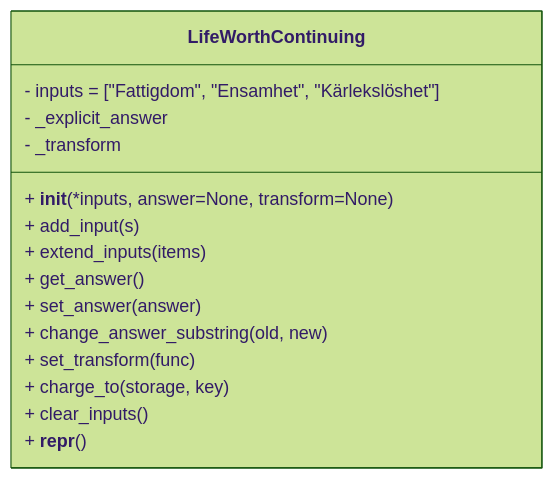
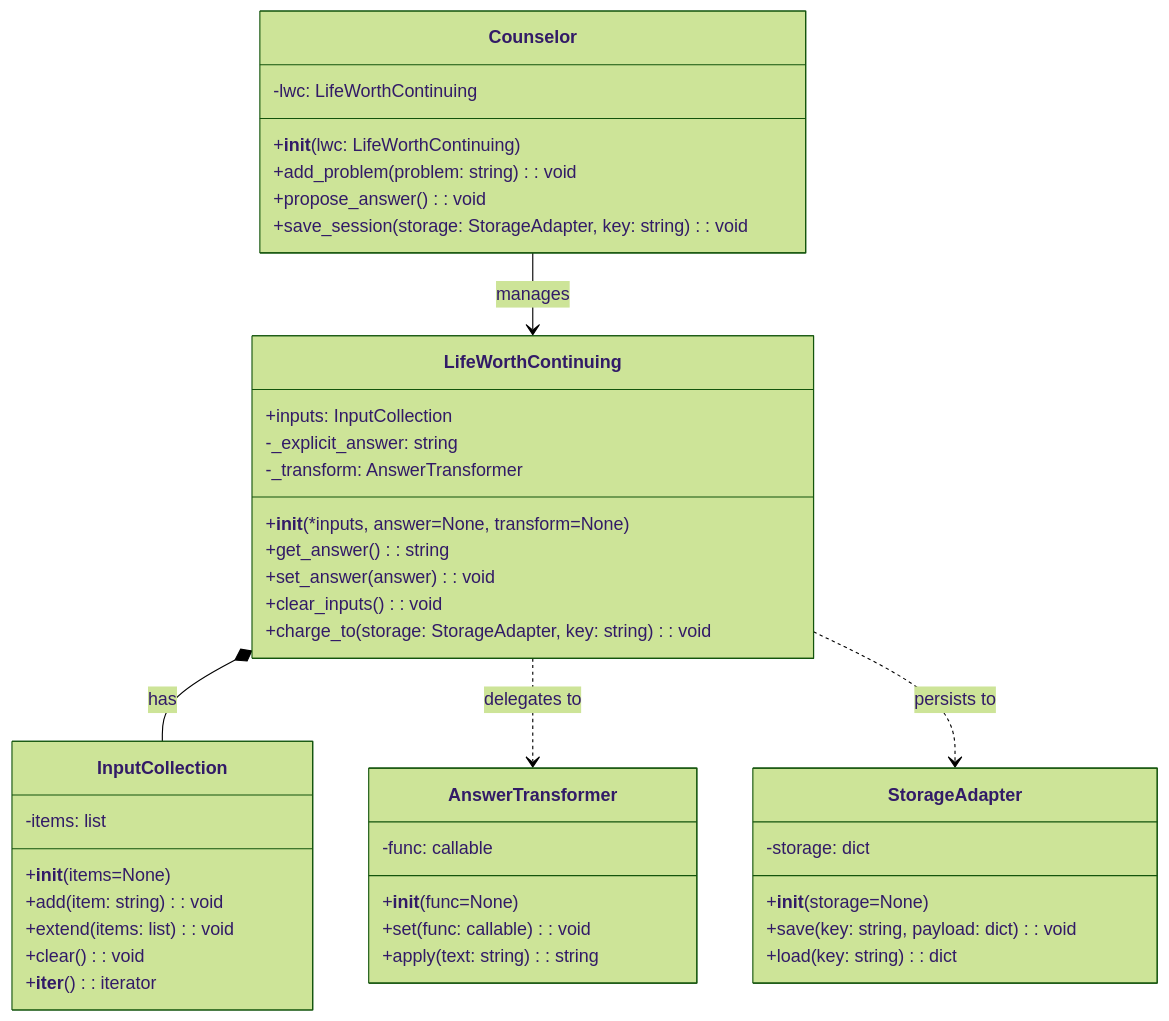
One commit to steble70/scriptlab changed the diagram in GH_Codespaces_demofile.mmd. Above: the diagram before and after it, drawn with Mermaid (forest theme).

Commit message:
Refactor LifeWorthContinuing class and related classes

```diff
--- a/GH_Codespaces_demofile.mmd
+++ b/GH_Codespaces_demofile.mmd
@@ -1,16 +1,47 @@
 classDiagram
-class LifeWorthContinuing {
-  - inputs = ["Fattigdom", "Ensamhet", "Kärlekslöshet"]
-  - _explicit_answer
-  - _transform
-  + __init__(*inputs, answer=None, transform=None)
-  + add_input(s)
-  + extend_inputs(items)
-  + get_answer()
-  + set_answer(answer)
-  + change_answer_substring(old, new)
-  + set_transform(func)
-  + charge_to(storage, key)
-  + clear_inputs()
-  + __repr__()
-}
+    class LifeWorthContinuing {
+        +inputs: InputCollection
+        -_explicit_answer: string
+        -_transform: AnswerTransformer
+        +__init__(*inputs, answer=None, transform=None)
+        +get_answer(): string
+        +set_answer(answer): void
+        +clear_inputs(): void
+        +charge_to(storage: StorageAdapter, key: string): void
+    }
+
+    class InputCollection {
+        -items: list
+        +__init__(items=None)
+        +add(item: string): void
+        +extend(items: list): void
+        +clear(): void
+        +__iter__(): iterator
+    }
+
+    class AnswerTransformer {
+        -func: callable
+        +__init__(func=None)
+        +set(func: callable): void
+        +apply(text: string): string
+    }
+
+    class StorageAdapter {
+        -storage: dict
+        +__init__(storage=None)
+        +save(key: string, payload: dict): void
+        +load(key: string): dict
+    }
+
+    class Counselor {
+        -lwc: LifeWorthContinuing
+        +__init__(lwc: LifeWorthContinuing)
+        +add_problem(problem: string): void
+        +propose_answer(): void
+        +save_session(storage: StorageAdapter, key: string): void
+    }
+
+    LifeWorthContinuing *-- InputCollection : has
+    LifeWorthContinuing ..> AnswerTransformer : delegates to
+    LifeWorthContinuing ..> StorageAdapter : persists to
+    Counselor --> LifeWorthContinuing : manages
```
